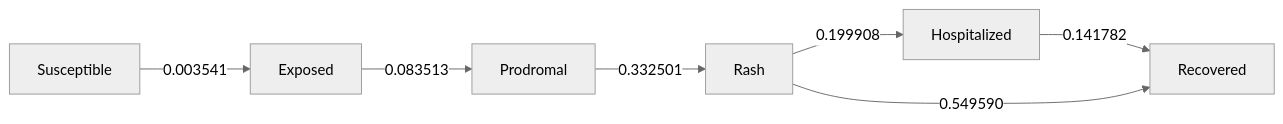
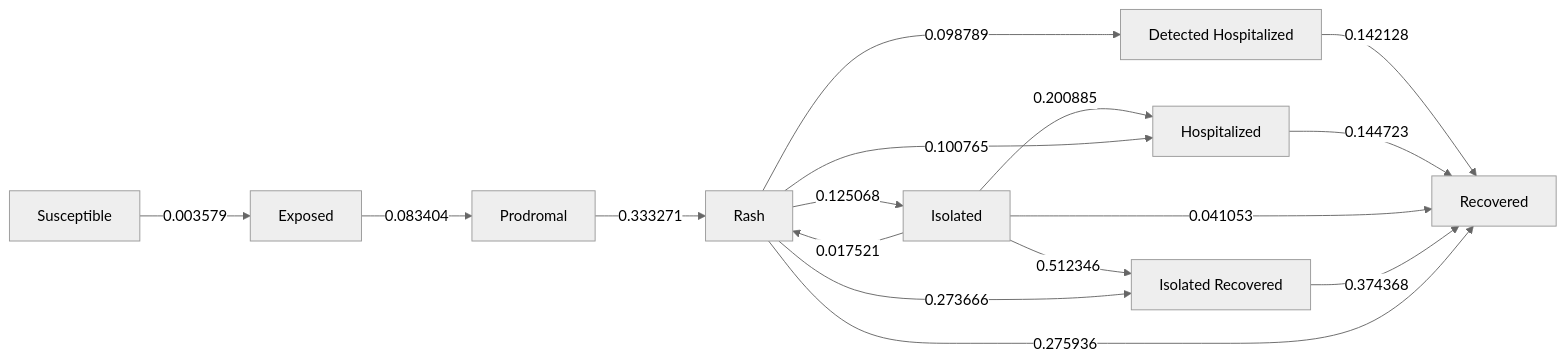
One commit to EpiForeSITE/epiworld-measles changed the diagram in scenarios/canyon_crest_74/README.md. Above: the diagram before and after it, drawn with Mermaid (neutral theme). The commit also changed other lines of this file and 36 other files, not shown here.

````diff
--- a/scenarios/canyon_crest_74/README.md
+++ b/scenarios/canyon_crest_74/README.md
@@ -104,16 +104,28 @@
 ``` mermaid
 flowchart LR
-    s0[Exposed]
-    s1[Hospitalized]
-    s2[Prodromal]
-    s3[Rash]
-    s4[Recovered]
-    s5[Susceptible]
-    s0 -->|0.083513| s2
-    s1 -->|0.141782| s4
-    s2 -->|0.332501| s3
-    s3 -->|0.199908| s1
-    s3 -->|0.549590| s4
-    s5 -->|0.003541| s0
+    s0[Detected Hospitalized]
+    s1[Exposed]
+    s2[Hospitalized]
+    s3[Isolated]
+    s4[Isolated Recovered]
+    s5[Prodromal]
+    s6[Rash]
+    s7[Recovered]
+    s8[Susceptible]
+    s0 -->|0.142128| s7
+    s1 -->|0.083404| s5
+    s2 -->|0.144723| s7
+    s3 -->|0.200885| s2
+    s3 -->|0.512346| s4
+    s3 -->|0.017521| s6
+    s3 -->|0.041053| s7
+    s4 -->|0.374368| s7
+    s5 -->|0.333271| s6
+    s6 -->|0.098789| s0
+    s6 -->|0.100765| s2
+    s6 -->|0.125068| s3
+    s6 -->|0.273666| s4
+    s6 -->|0.275936| s7
+    s8 -->|0.003579| s1
 
 ```
````
